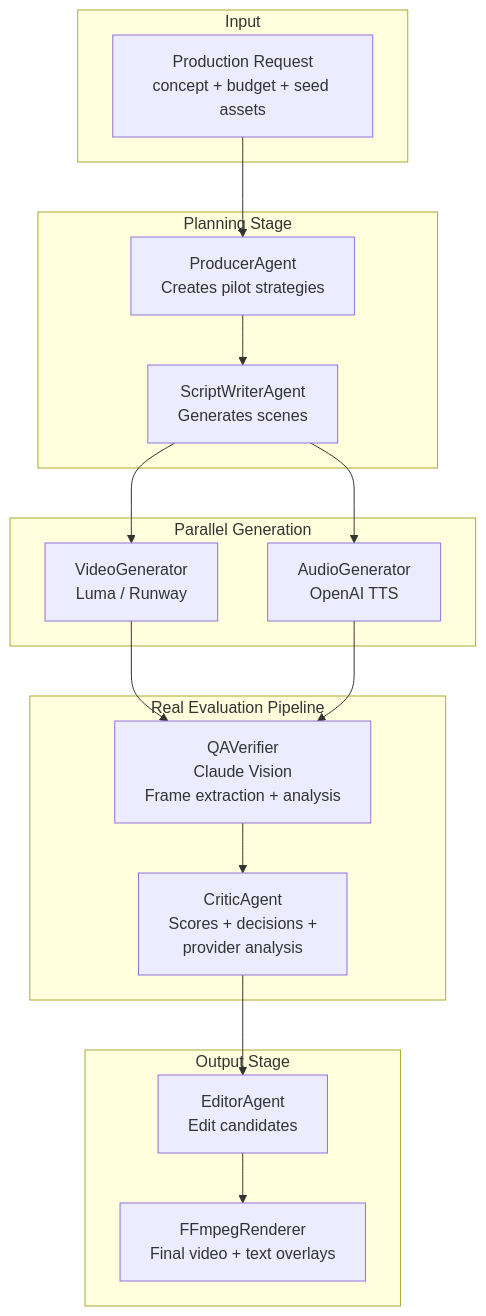
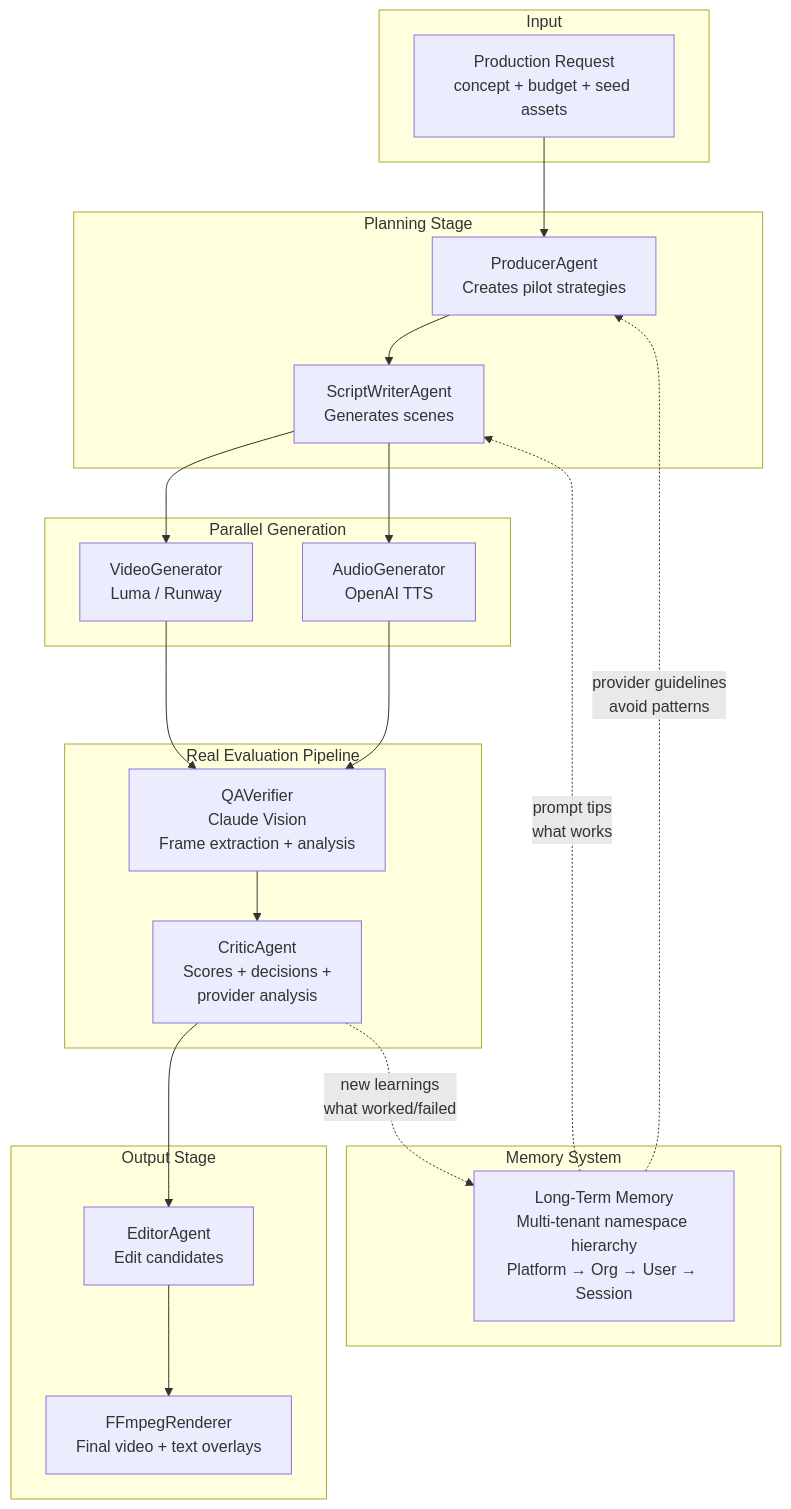
The first of 2 diagrams in README.md (aaronmarkham/claude-studio-producer), drawn with Mermaid before and after one commit.

Commit message:
docs: Update README with multi-tenant memory architecture
- Remove obsolete architecture_current.md and architecture_future_strands.md
- Add multi-tenant memory system diagram showing namespace hierarchy
- Update project structure to reference new spec location
- Update roadmap to reflect completed memory system features
- Update provider learning section to reference new CLI commands

🤖 Generated with [Claude Code](https://claude.com/claude-code)

````diff
--- a/README.md
+++ b/README.md
@@ -150,36 +150,44 @@
 ```mermaid
 flowchart TB
     subgraph Input["Input"]
         Request["Production Request<br/>concept + budget + seed assets"]
+    end
+
+    subgraph Memory["Memory System"]
+        LTM["Long-Term Memory<br/>Multi-tenant namespace hierarchy<br/>Platform → Org → User → Session"]
     end
 
     subgraph Planning["Planning Stage"]
         Producer["ProducerAgent<br/>Creates pilot strategies"]
         ScriptWriter["ScriptWriterAgent<br/>Generates scenes"]
     end
 
     subgraph Generation["Parallel Generation"]
         Video["VideoGenerator<br/>Luma / Runway"]
         Audio["AudioGenerator<br/>OpenAI TTS"]
     end
 
     subgraph Evaluation["Real Evaluation Pipeline"]
         QA["QAVerifier<br/>Claude Vision<br/>Frame extraction + analysis"]
         Critic["CriticAgent<br/>Scores + decisions +<br/>provider analysis"]
     end
 
     subgraph Output["Output Stage"]
         Editor["EditorAgent<br/>Edit candidates"]
         Renderer["FFmpegRenderer<br/>Final video + text overlays"]
     end
 
     Request --> Producer
     Producer --> ScriptWriter
     ScriptWriter --> Video
     ScriptWriter --> Audio
     Video --> QA
     Audio --> QA
     QA --> Critic
     Critic --> Editor
     Editor --> Renderer
+
+    LTM -.->|"provider guidelines<br/>avoid patterns"| Producer
+    LTM -.->|"prompt tips<br/>what works"| ScriptWriter
+    Critic -.->|"new learnings<br/>what worked/failed"| LTM
 ```
````
